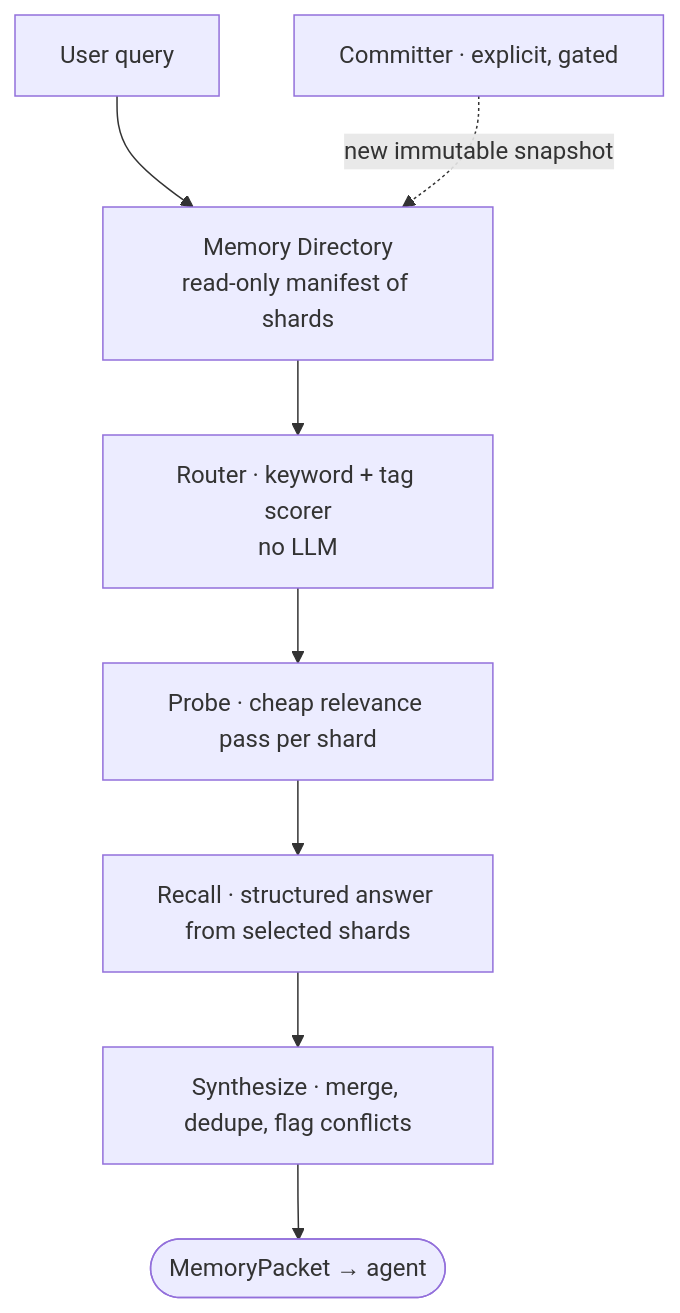
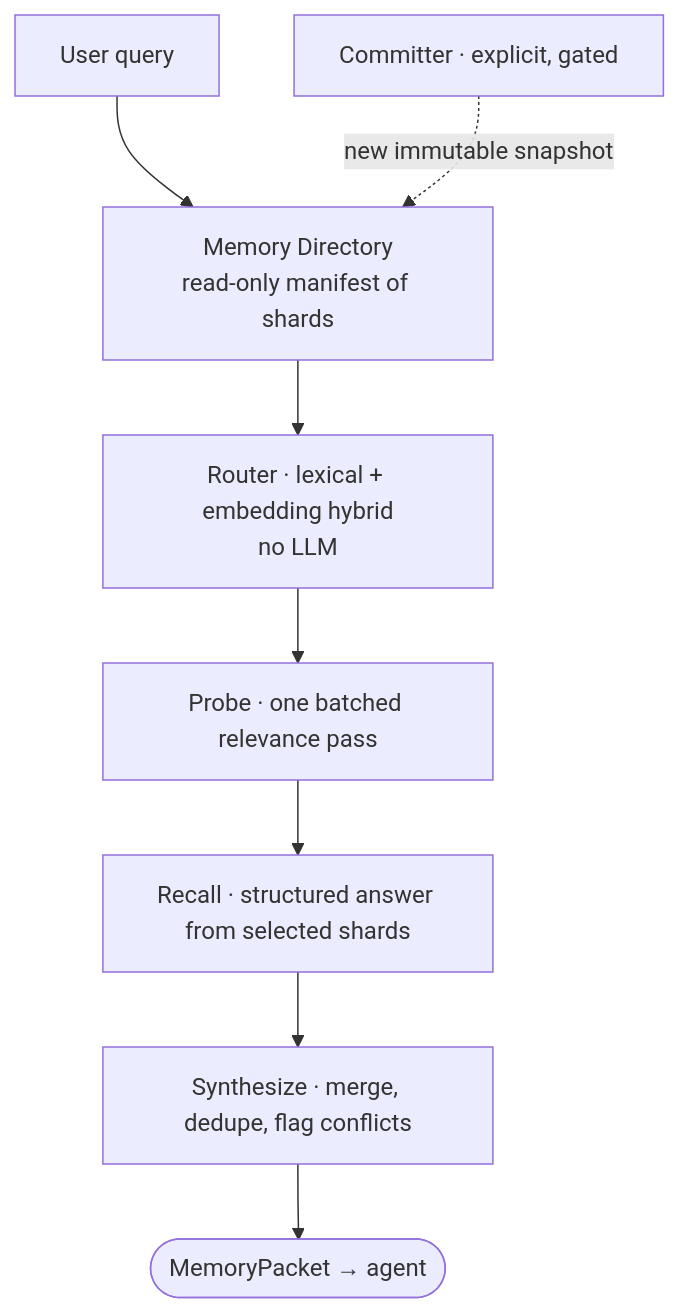
Before and after one commit to muhamadjawdatsalemalakoum/context-swarm-memory: the diagram in README.md, drawn with Mermaid. The commit also changed other lines of this file and 9 other files, not shown here.

````diff
--- a/README.md
+++ b/README.md
@@ -107,10 +193,10 @@
 ```mermaid
 flowchart TD
     Q[User query] --> D[Memory Directory<br/>read-only manifest of shards]
-    D --> R[Router · keyword + tag scorer<br/>no LLM]
-    R --> P[Probe · cheap relevance pass per shard]
+    D --> R[Router · lexical + embedding hybrid<br/>no LLM]
+    R --> P[Probe · one batched relevance pass]
     P --> RC[Recall · structured answer from selected shards]
     RC --> S[Synthesize · merge, dedupe, flag conflicts]
     S --> MP([MemoryPacket → agent])
     C[Committer · explicit, gated] -. new immutable snapshot .-> D
 ```
````
